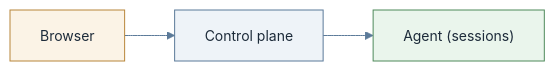
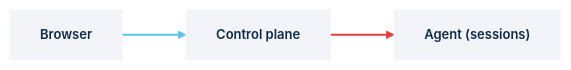
The diagram in README.md (kasmtech/kasm-helm), drawn with Mermaid before and after one commit. The commit also changed 35 other files, not shown here.

First line of the commit message:
Kasm diagram theme, and the operator and agent fixes verified against the dev builds

````diff
--- a/README.md
+++ b/README.md
@@ -9,9 +9,11 @@
 ```mermaid
-%%{init: {"theme":"base","themeVariables":{"primaryColor":"#eef3f8","primaryBorderColor":"#5b7a99","primaryTextColor":"#1d2b3a","secondaryColor":"#fbf3e6","secondaryBorderColor":"#b8863b","tertiaryColor":"#eaf5ec","tertiaryBorderColor":"#4f8a5b","lineColor":"#5b7a99","fontFamily":"Inter, Helvetica, Arial, sans-serif","fontSize":"14px"},"flowchart":{"curve":"basis","htmlLabels":true}}}%%
+%%{init: {"theme":"base","themeVariables":{"background":"#ffffff","primaryColor":"#f2f4f7","primaryBorderColor":"#f2f4f7","primaryTextColor":"#0f2a44","lineColor":"#0f2a44","clusterBkg":"#ffffff","clusterBorder":"#4a4a4a","edgeLabelBackground":"#ffffff","fontFamily":"Montserrat, Helvetica, Arial, sans-serif","fontSize":"13px"},"flowchart":{"curve":"linear","htmlLabels":true,"nodeSpacing":36,"rankSpacing":64}}}%%
 flowchart LR
-  browser["Browser"] --> cp["Control plane"] --> agent["Agent (sessions)"]
-  classDef agent fill:#eaf5ec,stroke:#4f8a5b
-  classDef ext fill:#fbf3e6,stroke:#b8863b
-  class agent agent
-  class browser ext
+  browser["Browser"]:::card
+  cp["Control plane"]:::card
+  agent["Agent (sessions)"]:::card
+  browser --> cp --> agent
+  classDef card fill:#f2f4f7,stroke:#f2f4f7,color:#0f2a44,font-weight:600
+  linkStyle 0 stroke:#5ec2ef,stroke-width:2px
+  linkStyle 1 stroke:#e0413f,stroke-width:2px
 ```
````
